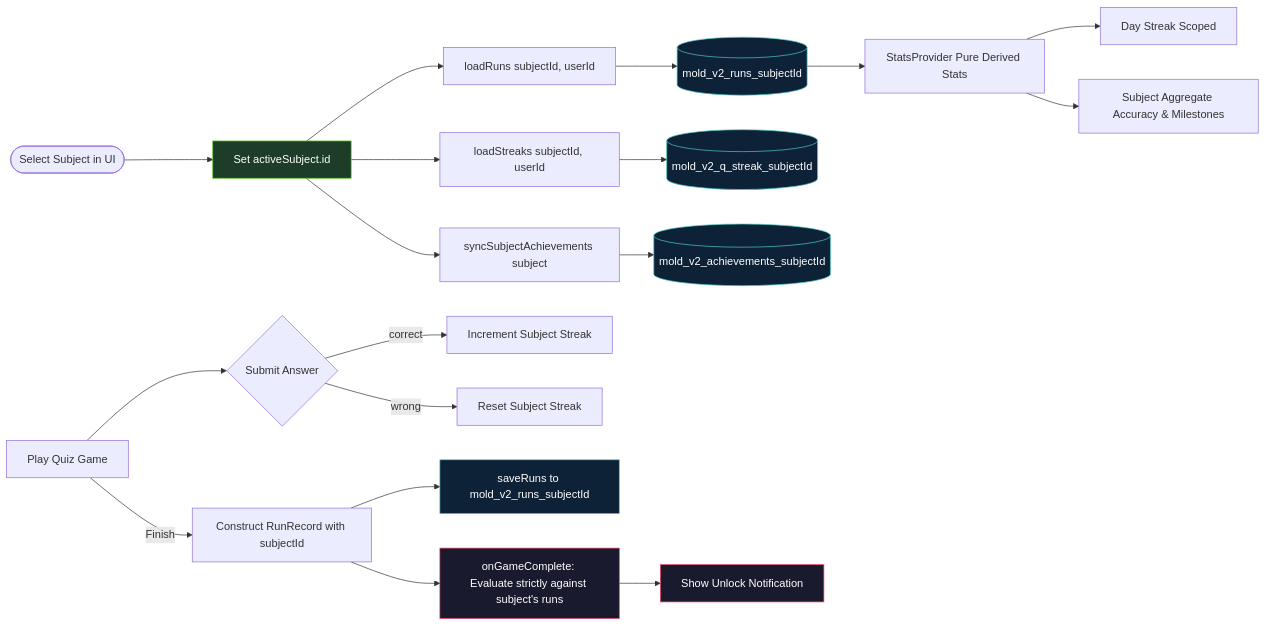
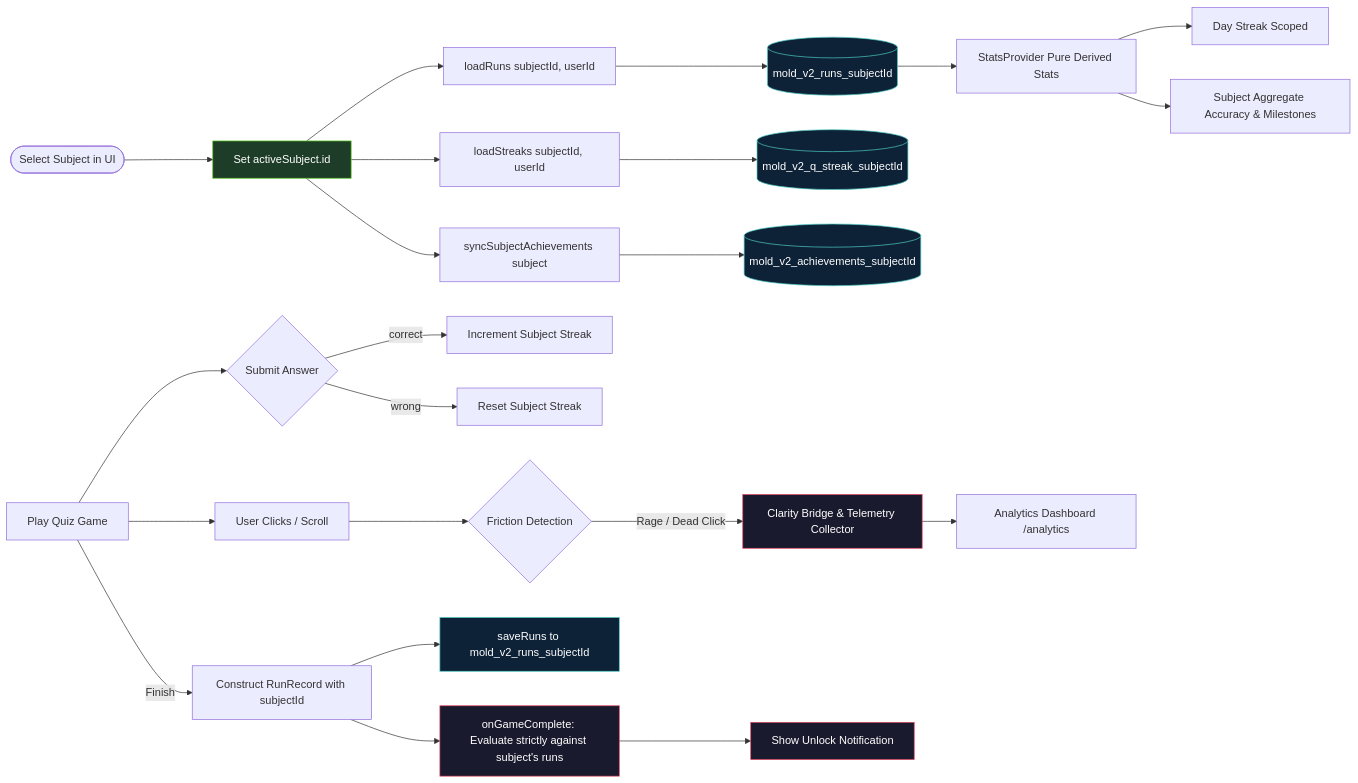
The diagram in docs/architecture/data-flow.md (AhmedNasser-bug/finals-qb), drawn with Mermaid before and after one commit. The commit also changed 13 other files, not shown here.

Commit message:
feat(analytics): implement Microsoft Clarity behavioral telemetry and Google Lighthouse assessment dashboard

````diff
--- a/docs/architecture/data-flow.md
+++ b/docs/architecture/data-flow.md
@@ -7,29 +7,34 @@
 ```mermaid
 flowchart LR
   classDef async fill:#1a1a2e,stroke:#e94560,color:#fff
   classDef error fill:#2d0000,stroke:#ff4444,color:#fff
   classDef store fill:#0d2137,stroke:#4ecdc4,color:#fff
   classDef scope fill:#1e3d29,stroke:#52c41a,color:#fff
 
   SubjSelect([Select Subject in UI]) --> ScopeSwitch[Set activeSubject.id]:::scope
   ScopeSwitch --> LoadSubjRuns[loadRuns subjectId, userId]
   ScopeSwitch --> LoadSubjStreaks[loadStreaks subjectId, userId]
   ScopeSwitch --> SyncSubjAchievements[syncSubjectAchievements subject]
 
   LoadSubjRuns --> SubjRunsStore[(mold_v2_runs_subjectId)]:::store
   LoadSubjStreaks --> SubjStreakStore[(mold_v2_q_streak_subjectId)]:::store
   SyncSubjAchievements --> SubjAchStore[(mold_v2_achievements_subjectId)]:::store
 
   SubjRunsStore --> StatsContext[StatsProvider Pure Derived Stats]
   StatsContext --> DayStreak[Day Streak Scoped]
   StatsContext --> SubjectAgg[Subject Aggregate Accuracy & Milestones]
 
   GameRun[Play Quiz Game] --> AnswerSubmit{Submit Answer}
   AnswerSubmit -->|correct| IncStreak[Increment Subject Streak]
   AnswerSubmit -->|wrong| ResetStreak[Reset Subject Streak]
   
+  GameRun --> UserInteraction[User Clicks / Scroll]
+  UserInteraction --> FrictionDetection{Friction Detection}
+  FrictionDetection -->|Rage / Dead Click| ClarityBridge[Clarity Bridge & Telemetry Collector]:::async
+  ClarityBridge --> AnalyticsDashboard[Analytics Dashboard /analytics]
+
   GameRun -->|Finish| RunRecordGen[Construct RunRecord with subjectId]
   RunRecordGen --> SaveRun[saveRuns to mold_v2_runs_subjectId]:::store
   RunRecordGen --> AchCheck[onGameComplete: Evaluate strictly against subject's runs]:::async
   AchCheck --> AchUnlockToast[Show Unlock Notification]:::async
 ```
````
